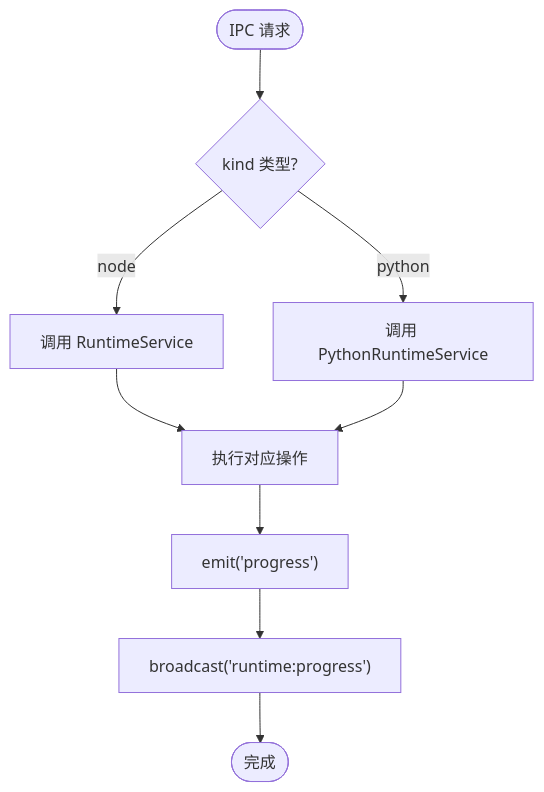
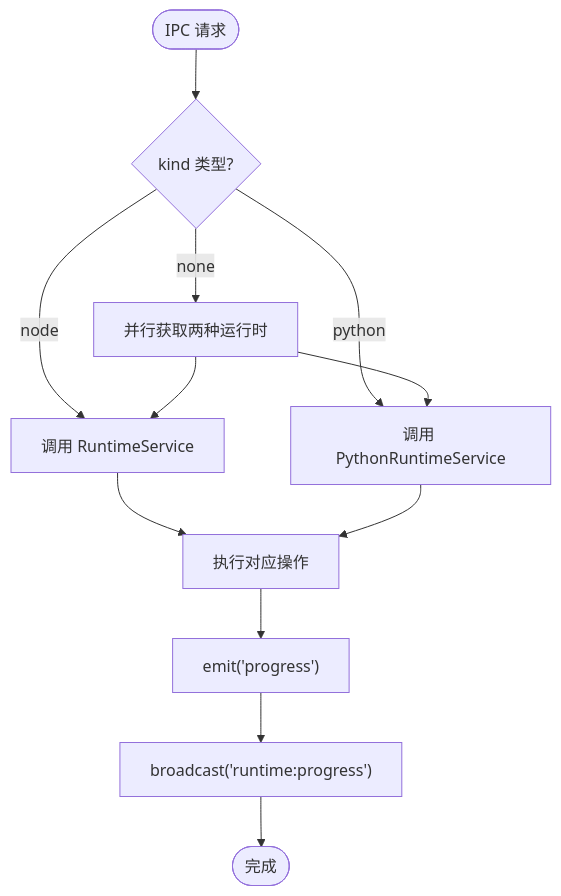
One commit to hozeeee/script-box changed the third of 13 diagrams in .qoder/repowiki/zh/content/核心服务层/Runtime 服务（运行时管理）.md. Above: the diagram before and after it, drawn with Mermaid. The commit also changed other lines of this file and 8 other files, not shown here.

````diff
--- a/.qoder/repowiki/zh/content/核心服务层/Runtime 服务（运行时管理）.md
+++ b/.qoder/repowiki/zh/content/核心服务层/Runtime 服务（运行时管理）.md
@@ -181,11 +187,14 @@
 ```mermaid
 flowchart TD
 Start(["IPC 请求"]) --> Check{"kind 类型?"}
 Check --> |node| NodeRoute["调用 RuntimeService"]
 Check --> |python| PythonRoute["调用 PythonRuntimeService"]
+Check --> |none| Parallel["并行获取两种运行时"]
+Parallel --> NodeRoute
+Parallel --> PythonRoute
 NodeRoute --> Execute["执行对应操作"]
 PythonRoute --> Execute
 Execute --> Progress["emit('progress')"]
 Progress --> Broadcast["broadcast('runtime:progress')"]
 Broadcast --> End(["完成"])
 ```
````
